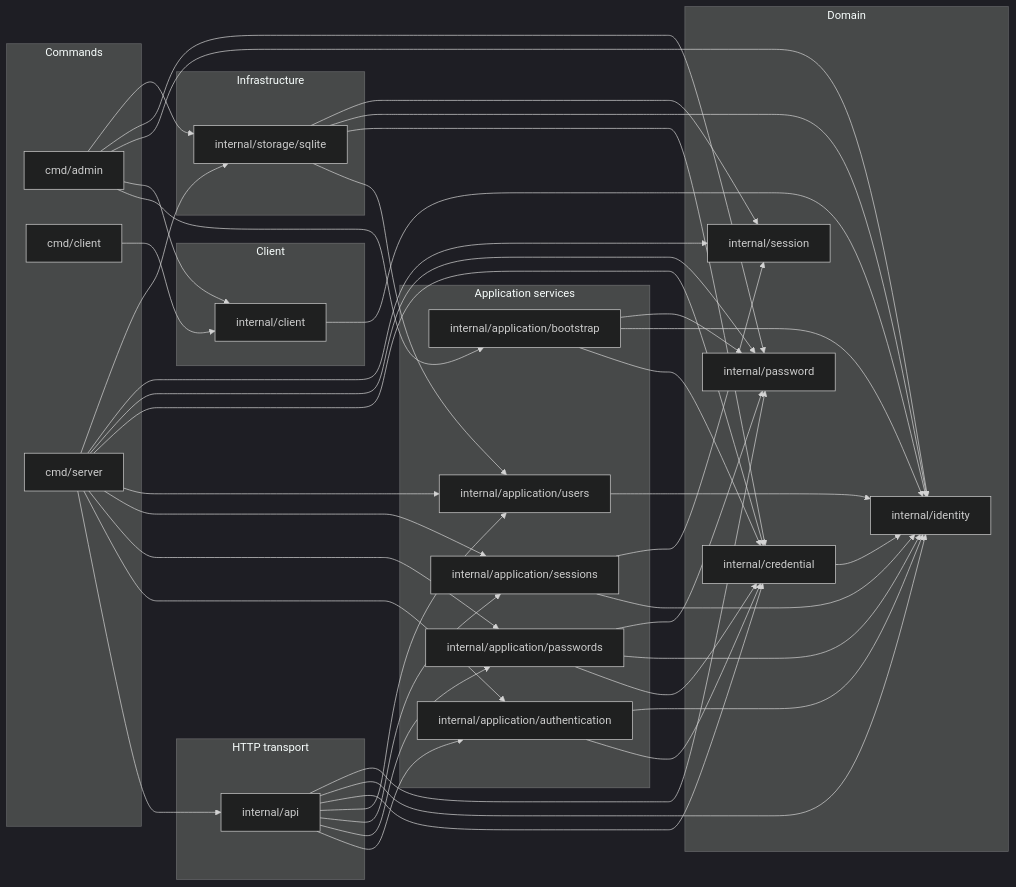
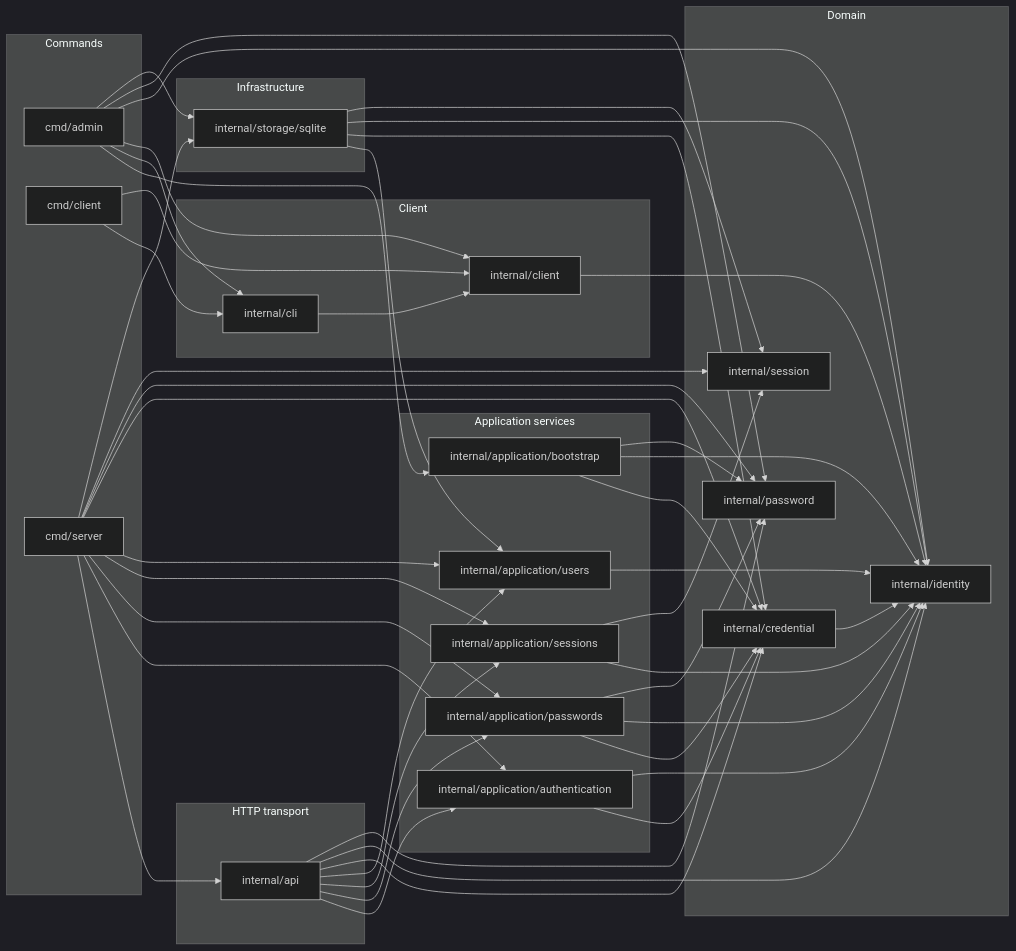
The diagram in docs/architecture.md (ebe542/go-mediaarchive), drawn with Mermaid (dark theme) before and after one commit. The commit also changed other lines of this file and 12 other files, not shown here.

````diff
--- a/docs/architecture.md
+++ b/docs/architecture.md
@@ -21,69 +21,73 @@
 ```mermaid
 flowchart LR
   subgraph commands["Commands"]
     package0["cmd/admin"]
     package1["cmd/client"]
     package2["cmd/server"]
   end
   subgraph transport["HTTP transport"]
     package3["internal/api"]
   end
   subgraph application["Application services"]
     package4["internal/application/authentication"]
     package5["internal/application/bootstrap"]
     package6["internal/application/passwords"]
     package7["internal/application/sessions"]
     package8["internal/application/users"]
   end
   subgraph domain["Domain"]
-    package10["internal/credential"]
-    package11["internal/identity"]
-    package12["internal/password"]
-    package13["internal/session"]
+    package11["internal/credential"]
+    package12["internal/identity"]
+    package13["internal/password"]
+    package14["internal/session"]
   end
   subgraph infrastructure["Infrastructure"]
-    package14["internal/storage/sqlite"]
+    package15["internal/storage/sqlite"]
   end
   subgraph client["Client"]
-    package9["internal/client"]
+    package9["internal/cli"]
+    package10["internal/client"]
   end
   package0 --> package5
   package0 --> package9
-  package0 --> package11
+  package0 --> package10
   package0 --> package12
-  package0 --> package14
+  package0 --> package13
+  package0 --> package15
   package1 --> package9
+  package1 --> package10
   package2 --> package3
   package2 --> package4
   package2 --> package6
   package2 --> package7
   package2 --> package8
-  package2 --> package10
-  package2 --> package12
+  package2 --> package11
   package2 --> package13
   package2 --> package14
+  package2 --> package15
   package3 --> package4
   package3 --> package6
   package3 --> package7
   package3 --> package8
-  package3 --> package10
   package3 --> package11
   package3 --> package12
-  package4 --> package10
+  package3 --> package13
   package4 --> package11
-  package5 --> package10
+  package4 --> package12
   package5 --> package11
   package5 --> package12
-  package6 --> package10
+  package5 --> package13
   package6 --> package11
   package6 --> package12
-  package7 --> package11
-  package7 --> package13
-  package8 --> package11
-  package9 --> package11
-  package10 --> package11
-  package14 --> package8
-  package14 --> package10
-  package14 --> package11
-  package14 --> package13
+  package6 --> package13
+  package7 --> package12
+  package7 --> package14
+  package8 --> package12
+  package9 --> package10
+  package10 --> package12
+  package11 --> package12
+  package15 --> package8
+  package15 --> package11
+  package15 --> package12
+  package15 --> package14
 ```
````
